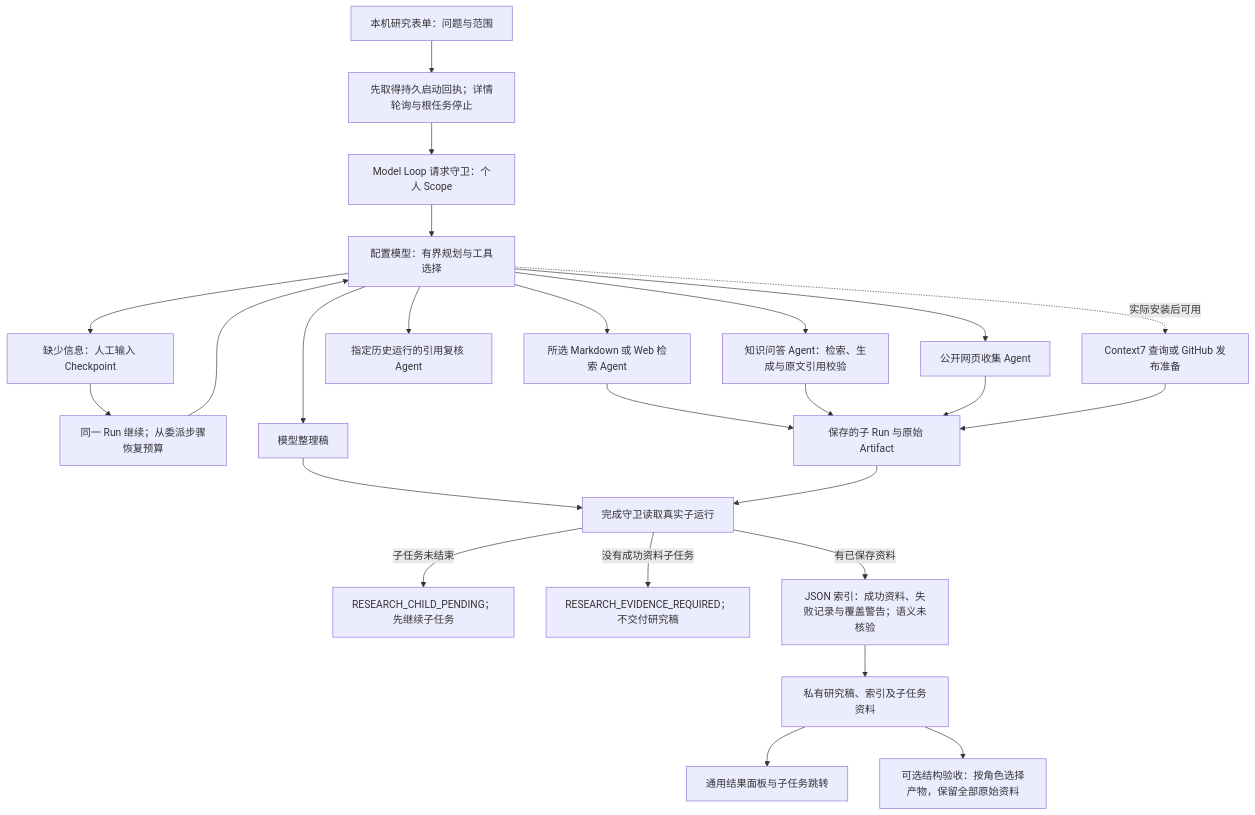
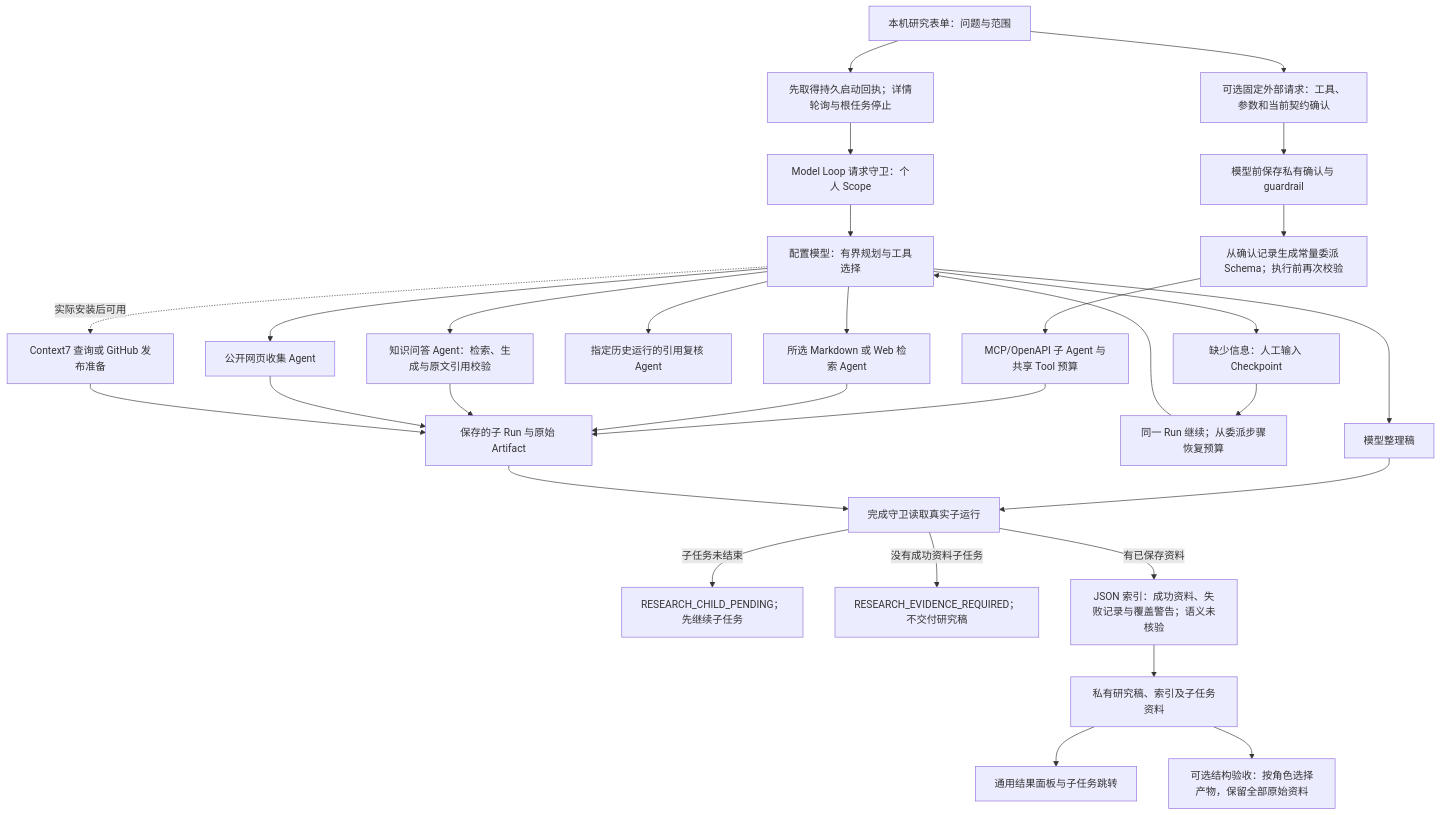
The first of 3 diagrams in backend/src/agents/personal-research/FEATURE.md (KlayPeter/AI-Delivery-Ops-Agent), drawn with Mermaid before and after one commit. The commit also changed other lines of this file and 29 other files, not shown here.

````diff
--- a/backend/src/agents/personal-research/FEATURE.md
+++ b/backend/src/agents/personal-research/FEATURE.md
@@ -20,27 +20,32 @@
 ```mermaid
 flowchart TD
     U[本机研究表单：问题与范围] --> ACK[先取得持久启动回执；详情轮询与根任务停止]
     ACK --> R[Model Loop 请求守卫：个人 Scope]
     R --> M[配置模型：有界规划与工具选择]
     M --> S[所选 Markdown 或 Web 检索 Agent]
     M --> A[知识问答 Agent：检索、生成与原文引用校验]
     M --> W[公开网页收集 Agent]
     M --> I[指定历史运行的引用复核 Agent]
     M -. 实际安装后可用 .-> O[Context7 查询或 GitHub 发布准备]
+    U --> FIXED[可选固定外部请求：工具、参数和当前契约确认]
+    FIXED --> SNAP[模型前保存私有确认与 guardrail]
+    SNAP --> POLICY[从确认记录生成常量委派 Schema；执行前再次校验]
+    POLICY --> EXT[MCP/OpenAPI 子 Agent 与共享 Tool 预算]
+    EXT --> CHILD
     M --> H[缺少信息：人工输入 Checkpoint]
     H --> RES[同一 Run 继续；从委派步骤恢复预算]
     RES --> M
     S --> CHILD[保存的子 Run 与原始 Artifact]
     A --> CHILD
     W --> CHILD
     O --> CHILD
     M --> DRAFT[模型整理稿]
     DRAFT --> C[完成守卫读取真实子运行]
     CHILD --> C
     C -- 子任务未结束 --> PENDING[RESEARCH_CHILD_PENDING；先继续子任务]
     C -- 没有成功资料子任务 --> FAIL[RESEARCH_EVIDENCE_REQUIRED；不交付研究稿]
     C -- 有已保存资料 --> INDEX[JSON 索引：成功资料、失败记录与覆盖警告；语义未核验]
     INDEX --> OUT[私有研究稿、索引及子任务资料]
     OUT --> UI[通用结果面板与子任务跳转]
     OUT --> QC[可选结构验收：按角色选择产物，保留全部原始资料]
 ```
````
